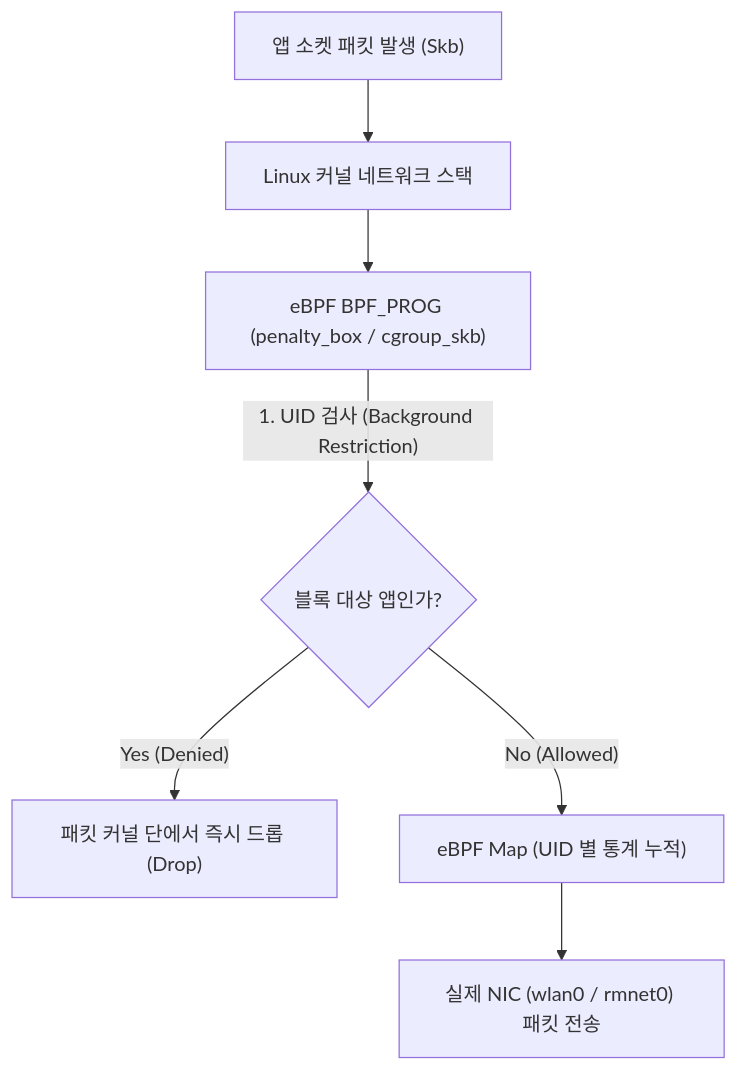
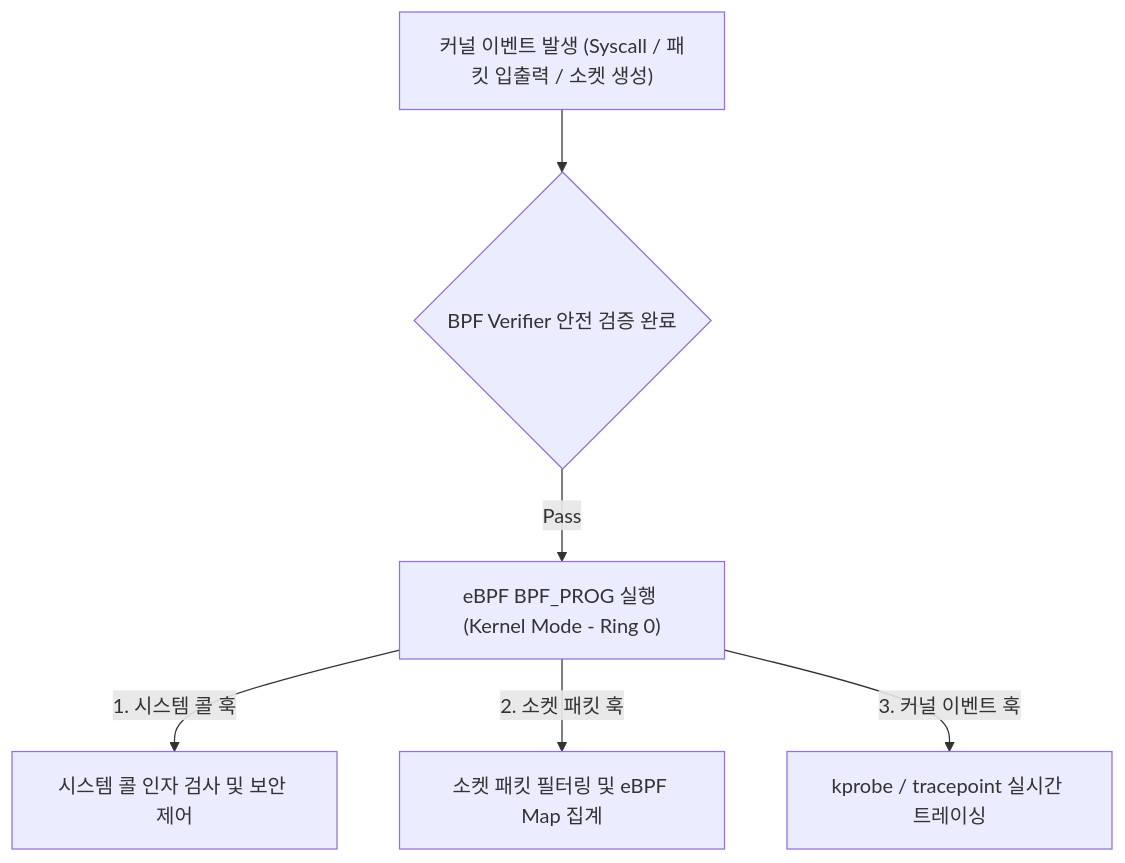
The diagram in 01_inbox/computer-science/operating-systems/ebpf.md (youngmin-gwon/what-i-studied), drawn with Mermaid before and after one commit. The commit also changed other lines of this file and 11 other files, not shown here.

````diff
--- a/01_inbox/computer-science/operating-systems/ebpf.md
+++ b/01_inbox/computer-science/operating-systems/ebpf.md
@@ -24,9 +24,8 @@
 ```mermaid
 graph TD
-    Socket["앱 소켓 패킷 발생 (Skb)"] --> KernelNet["Linux 커널 네트워크 스택"]
-    KernelNet --> eBPFProg["eBPF BPF_PROG (penalty_box / cgroup_skb)"]
-    eBPFProg -->|"1. UID 검사 (Background Restriction)"| CheckBlocked{"블록 대상 앱인가?"}
-    CheckBlocked -->|"Yes (Denied)"| Drop["패킷 커널 단에서 즉시 드롭 (Drop)"]
-    CheckBlocked -->|"No (Allowed)"| TrafficMap["eBPF Map (UID 별 통계 누적)"]
-    TrafficMap --> Pass["실제 NIC (wlan0 / rmnet0) 패킷 전송"]
+    KernelEvt["커널 이벤트 발생 (Syscall / 패킷 입출력 / 소켓 생성)"] --> VerifierCheck{"BPF Verifier 안전 검증 완료"}
+    VerifierCheck -->|"Pass"| BPFProg["eBPF BPF_PROG 실행 (Kernel Mode - Ring 0)"]
+    BPFProg -->|"1. 시스템 콜 훅"| SyscallFilter["시스템 콜 인자 검사 및 보안 제어"]
+    BPFProg -->|"2. 소켓 패킷 훅"| SocketFilter["소켓 패킷 필터링 및 eBPF Map 집계"]
+    BPFProg -->|"3. 커널 이벤트 훅"| KprobeTrace["kprobe / tracepoint 실시간 트레이싱"]
 ```
````
